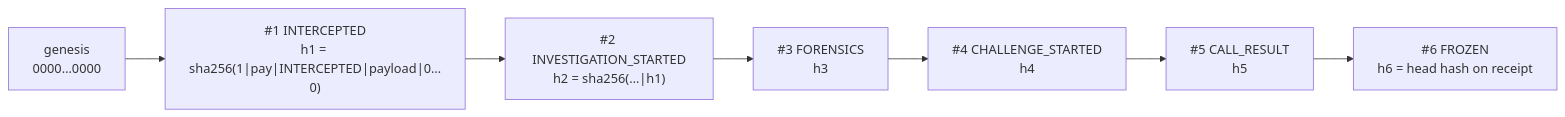
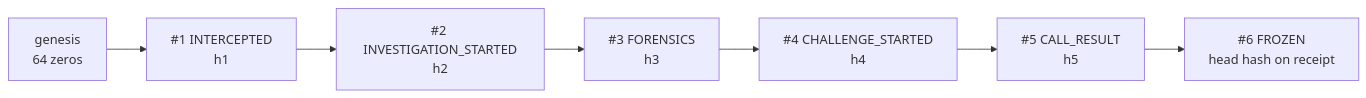
The fourth of 4 diagrams in docs/ARCHITECTURE.md (roshaninfordham/sentinelpay), drawn with Mermaid before and after one commit. The commit also changed other lines of this file and 70 other files, not shown here.

````diff
--- a/docs/ARCHITECTURE.md
+++ b/docs/ARCHITECTURE.md
@@ -176,9 +219,9 @@
 ```mermaid
 flowchart LR
-    G["genesis<br/>0000…0000"] --> E1["#1 INTERCEPTED<br/>h1 = sha256(1|pay|INTERCEPTED|payload|0…0)"]
-    E1 --> E2["#2 INVESTIGATION_STARTED<br/>h2 = sha256(…|h1)"]
+    G["genesis<br/>64 zeros"] --> E1["#1 INTERCEPTED<br/>h1"]
+    E1 --> E2["#2 INVESTIGATION_STARTED<br/>h2"]
     E2 --> E3["#3 FORENSICS<br/>h3"]
     E3 --> E4["#4 CHALLENGE_STARTED<br/>h4"]
     E4 --> E5["#5 CALL_RESULT<br/>h5"]
-    E5 --> E6["#6 FROZEN<br/>h6 = head hash on receipt"]
+    E5 --> E6["#6 FROZEN<br/>head hash on receipt"]
 ```
````
